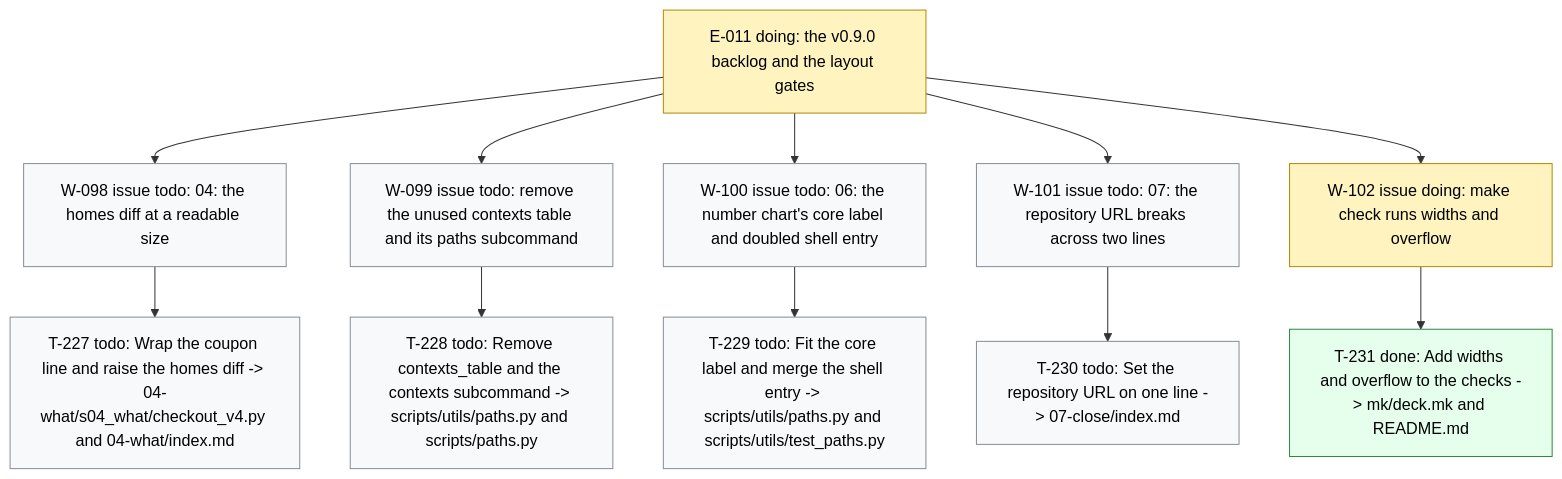
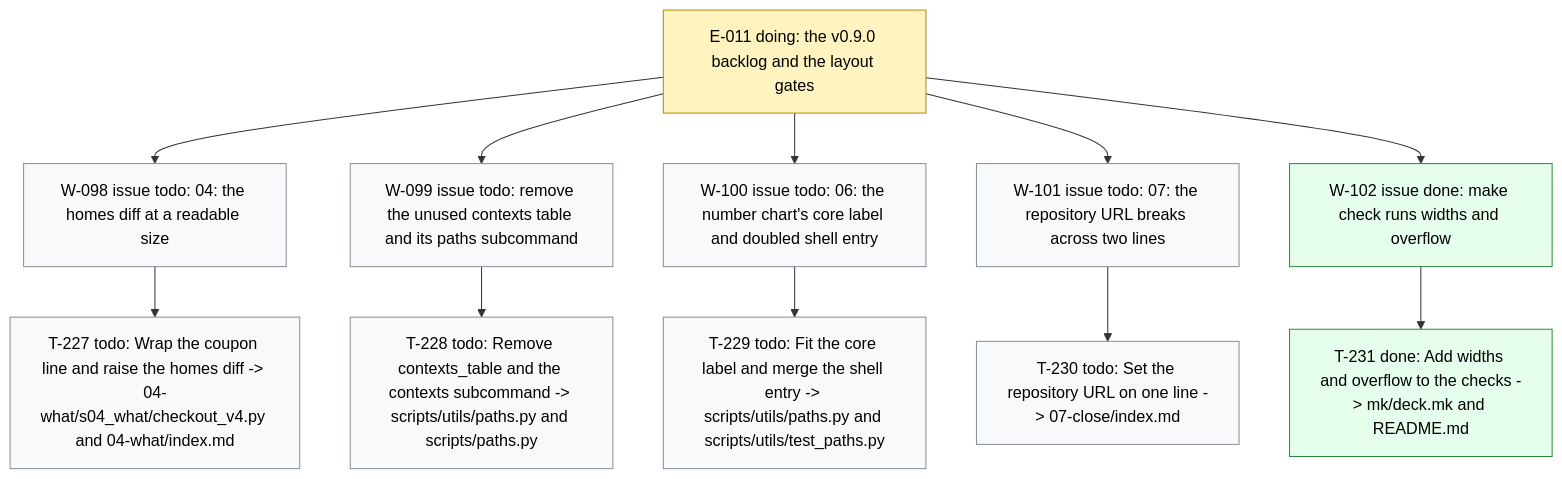
One commit to dpopchev/chaos-to-simple changed the diagram in .board/BOARD.md. Above: the diagram before and after it, drawn with Mermaid. The commit also changed other lines of this file and 1 other file, not shown here.

Commit message:
chore(board): close W-102 -- landed
Refs: W-102

````diff
--- a/.board/BOARD.md
+++ b/.board/BOARD.md
@@ -594,22 +594,22 @@
 ```mermaid
 flowchart TD
   E011["E-011 doing: the v0.9.0 backlog and the layout gates"]
   E011 --> W098["W-098 issue todo: 04: the homes diff at a readable size"]
   W098 --> T227["T-227 todo: Wrap the coupon line and raise the homes diff -> 04-what/s04_what/checkout_v4.py and 04-what/index.md"]
   E011 --> W099["W-099 issue todo: remove the unused contexts table and its paths subcommand"]
   W099 --> T228["T-228 todo: Remove contexts_table and the contexts subcommand -> scripts/utils/paths.py and scripts/paths.py"]
   E011 --> W100["W-100 issue todo: 06: the number chart's core label and doubled shell entry"]
   W100 --> T229["T-229 todo: Fit the core label and merge the shell entry -> scripts/utils/paths.py and scripts/utils/test_paths.py"]
   E011 --> W101["W-101 issue todo: 07: the repository URL breaks across two lines"]
   W101 --> T230["T-230 todo: Set the repository URL on one line -> 07-close/index.md"]
-  E011 --> W102["W-102 issue doing: make check runs widths and overflow"]
+  E011 --> W102["W-102 issue done: make check runs widths and overflow"]
   W102 --> T231["T-231 done: Add widths and overflow to the checks -> mk/deck.mk and README.md"]
   classDef doing fill:#fff3bf,stroke:#b58900,color:#000;
   classDef blocked fill:#ffe3e3,stroke:#c92a2a,color:#000;
   classDef done fill:#e6ffed,stroke:#2b8a3e,color:#000;
   classDef todo fill:#f8f9fa,stroke:#868e96,color:#000;
   classDef pruned fill:#f1f3f5,stroke:#adb5bd,color:#000;
-  class E011,W102 doing
-  class T231 done
+  class E011 doing
+  class W102,T231 done
   class W098,T227,W099,T228,W100,T229,W101,T230 todo
 ```
````
